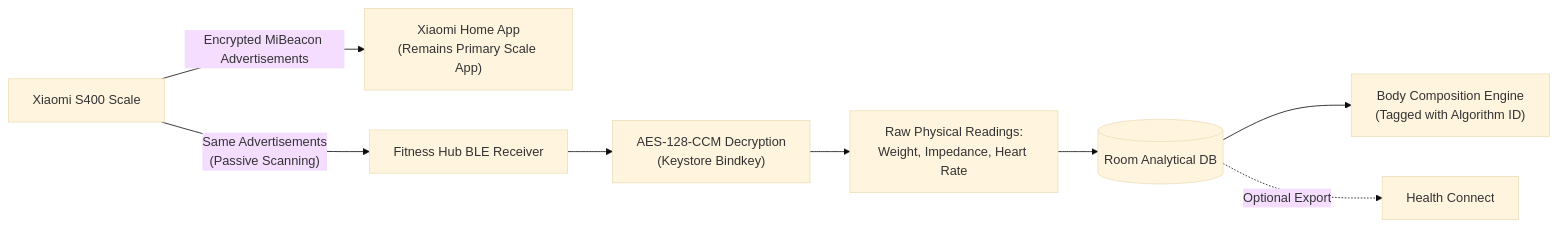
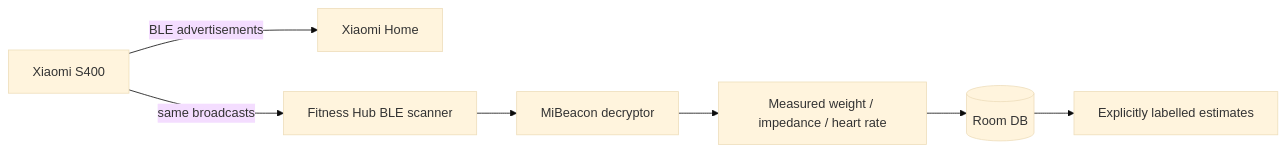
Before and after one commit to HebaDenys/fitness-hub: the diagram in docs/connectors/xiaomi-s400.md, drawn with Mermaid (base theme). The commit also changed other lines of this file, not shown here.

Commit message:
docs(scale): document dual Xiaomi history and BLE strategy

````diff
--- a/docs/connectors/xiaomi-s400.md
+++ b/docs/connectors/xiaomi-s400.md
@@ -24,10 +111,9 @@
 ```mermaid
 flowchart LR
-    S400["Xiaomi S400 Scale"] -- "Encrypted MiBeacon Advertisements" --> XH["Xiaomi Home App<br/>(Remains Primary Scale App)"]
-    S400 -- "Same Advertisements<br/>(Passive Scanning)" --> FH["Fitness Hub BLE Receiver"]
-    FH --> AES["AES-128-CCM Decryption<br/>(Keystore Bindkey)"]
-    AES --> RAW["Raw Physical Readings:<br/>Weight, Impedance, Heart Rate"]
-    RAW --> DB[("Room Analytical DB")]
-    DB --> EST["Body Composition Engine<br/>(Tagged with Algorithm ID)"]
-    DB -.->|"Optional Export"| HC["Health Connect"]
+    S400["Xiaomi S400"] -->|"BLE advertisements"| XH["Xiaomi Home"]
+    S400 -->|"same broadcasts"| SCAN["Fitness Hub BLE scanner"]
+    SCAN --> DEC["MiBeacon decryptor"]
+    DEC --> RAW["Measured weight / impedance / heart rate"]
+    RAW --> DB[("Room DB")]
+    DB --> EST["Explicitly labelled estimates"]
 ```
````
